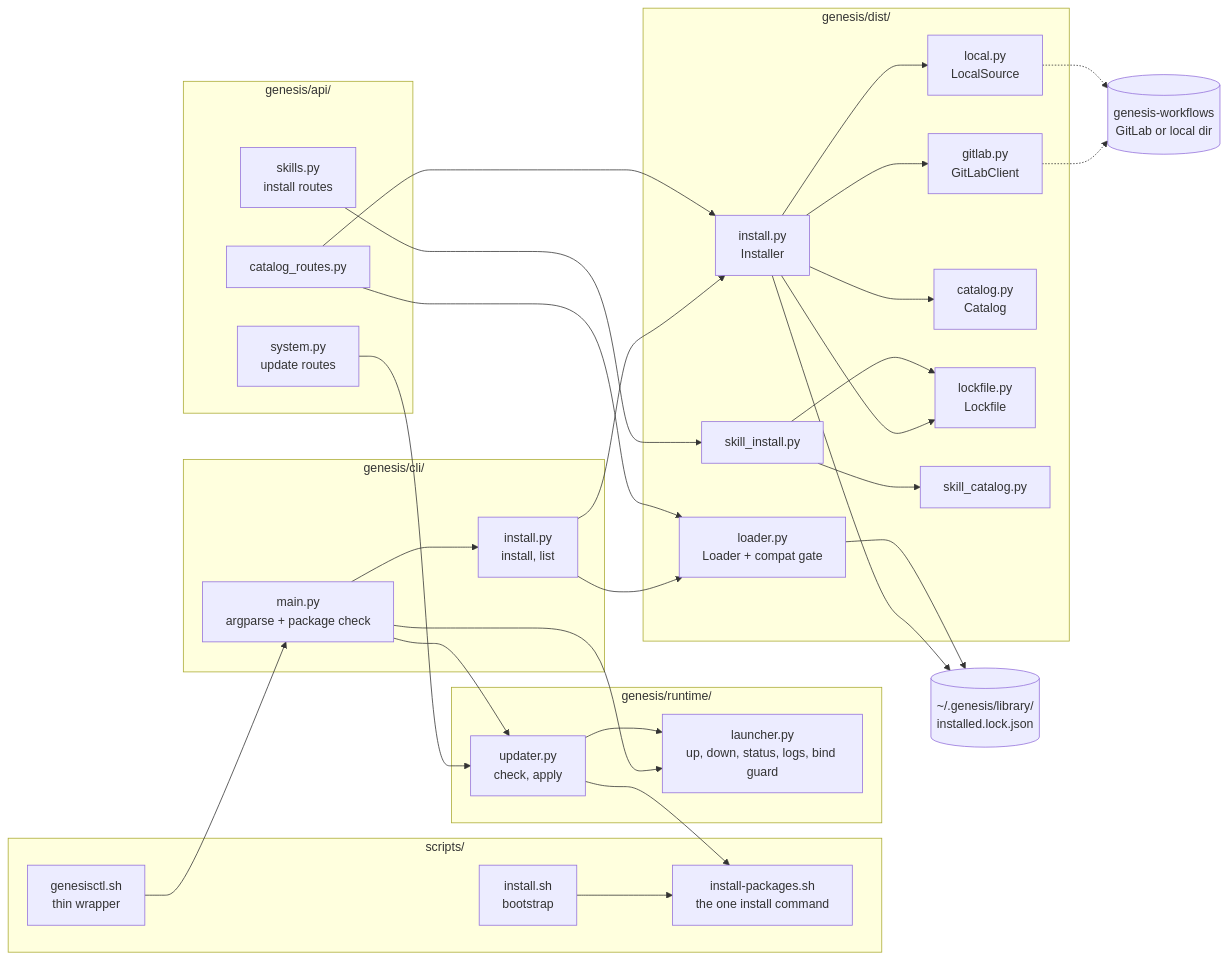
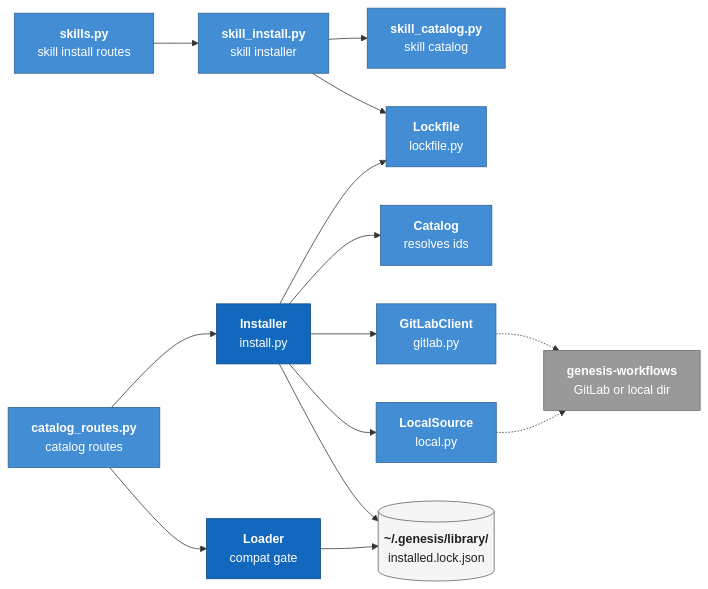
One commit to ram-020998/project-tracker changed the second of 4 diagrams in genesis/architecture/modules/distribution.md. Above: the diagram before and after it, drawn with Mermaid. The commit also changed other lines of this file and 24 other files, not shown here.

First line of the commit message:
architecture: rewrite all 86 Mermaid diagrams to one C4 style, each render-checked

````diff
--- a/genesis/architecture/modules/distribution.md
+++ b/genesis/architecture/modules/distribution.md
@@ -65,49 +98,29 @@
 ```mermaid
 flowchart LR
-    subgraph shell["scripts/"]
-        ins["install.sh<br/>bootstrap"]
-        ip["install-packages.sh<br/>the one install command"]
-        ctl["genesisctl.sh<br/>thin wrapper"]
-    end
-    subgraph cli["genesis/cli/"]
-        main["main.py<br/>argparse + package check"]
-        cins["install.py<br/>install, list"]
-    end
-    subgraph rt["genesis/runtime/"]
-        launcher["launcher.py<br/>up, down, status, logs, bind guard"]
-        updater["updater.py<br/>check, apply"]
-    end
-    subgraph dist["genesis/dist/"]
-        gl["gitlab.py<br/>GitLabClient"]
-        loc["local.py<br/>LocalSource"]
-        cat["catalog.py<br/>Catalog"]
-        inst["install.py<br/>Installer"]
-        lock["lockfile.py<br/>Lockfile"]
-        load["loader.py<br/>Loader + compat gate"]
-        sc["skill_catalog.py"]
-        si["skill_install.py"]
-    end
-    subgraph api["genesis/api/"]
-        croutes["catalog_routes.py"]
-        sroutes["system.py<br/>update routes"]
-        skroutes["skills.py<br/>install routes"]
-    end
-    lib[("~/.genesis/library/<br/>installed.lock.json")]
-    gitlab[("genesis-workflows<br/>GitLab or local dir")]
-
-    ins --> ip
-    ctl --> main
-    main --> cins & launcher & updater
-    cins --> inst & load
-    inst --> cat & lock
-    inst --> gl & loc
+    skroutes["<b>skills.py</b><br/>skill install routes"]:::comp
+    si["<b>skill_install.py</b><br/>skill installer"]:::comp
+    sc["<b>skill_catalog.py</b><br/>skill catalog"]:::comp
+    lock["<b>Lockfile</b><br/>lockfile.py"]:::comp
+    croutes["<b>catalog_routes.py</b><br/>catalog routes"]:::comp
+    inst["<b>Installer</b><br/>install.py"]:::core
+    load["<b>Loader</b><br/>compat gate"]:::core
+    cat["<b>Catalog</b><br/>resolves ids"]:::comp
+    gl["<b>GitLabClient</b><br/>gitlab.py"]:::comp
+    loc["<b>LocalSource</b><br/>local.py"]:::comp
+    lib[("<b>~/.genesis/library/</b><br/>installed.lock.json")]:::data
+    gitlab["<b>genesis-workflows</b><br/>GitLab or local dir"]:::ext
+    skroutes --> si
     si --> sc & lock
+    croutes --> inst & load
+    inst --> lock & cat & gl & loc
     gl & loc -.-> gitlab
     inst --> lib
     load --> lib
-    croutes --> inst & load
-    skroutes --> si
-    sroutes --> updater
-    updater --> ip
-    updater --> launcher
+    classDef person fill:#08427b,stroke:#052e56,color:#ffffff
+    classDef core fill:#1168bd,stroke:#0b4884,color:#ffffff
+    classDef comp fill:#438dd5,stroke:#2e6295,color:#ffffff
+    classDef proc fill:#85bbf0,stroke:#5d82a8,color:#000000
+    classDef ext fill:#999999,stroke:#6b6b6b,color:#ffffff
+    classDef data fill:#f5f5f5,stroke:#616161,color:#212121
+    classDef note fill:#fff8e1,stroke:#f9a825,color:#5d4037
 ```
````
